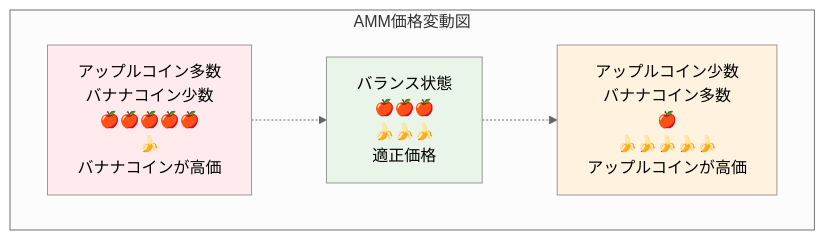
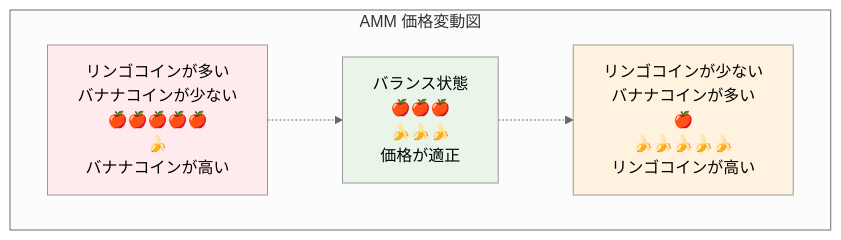
The fourth of 9 diagrams in doc/ja/AMM_Market_Making.md (pinpetfun/pinpet-book), drawn with Mermaid (neutral theme) before and after one commit. The commit also changed other lines of this file and 54 other files, not shown here.

````diff
--- a/doc/ja/AMM_Market_Making.md
+++ b/doc/ja/AMM_Market_Making.md
@@ -157,14 +157,14 @@
 ```mermaid
 graph TD
-    subgraph "AMM価格変動図"
-        A[アップルコイン多数<br/>バナナコイン少数<br/>🍎🍎🍎🍎🍎<br/>🍌<br/>バナナコインが高価]
-        B[バランス状態<br/>🍎🍎🍎<br/>🍌🍌🍌<br/>適正価格]
-        C[アップルコイン少数<br/>バナナコイン多数<br/>🍎<br/>🍌🍌🍌🍌🍌<br/>アップルコインが高価]
+    subgraph "AMM 価格変動図"
+        A[リンゴコインが多い<br/>バナナコインが少ない<br/>🍎🍎🍎🍎🍎<br/>🍌<br/>バナナコインが高い]
+        B[バランス状態<br/>🍎🍎🍎<br/>🍌🍌🍌<br/>価格が適正]
+        C[リンゴコインが少ない<br/>バナナコインが多い<br/>🍎<br/>🍌🍌🍌🍌🍌<br/>リンゴコインが高い]
     end
 
     A -.-> B -.-> C
 
     style A fill:#ffebee
     style B fill:#e8f5e8
     style C fill:#fff3e0
 ```
````
